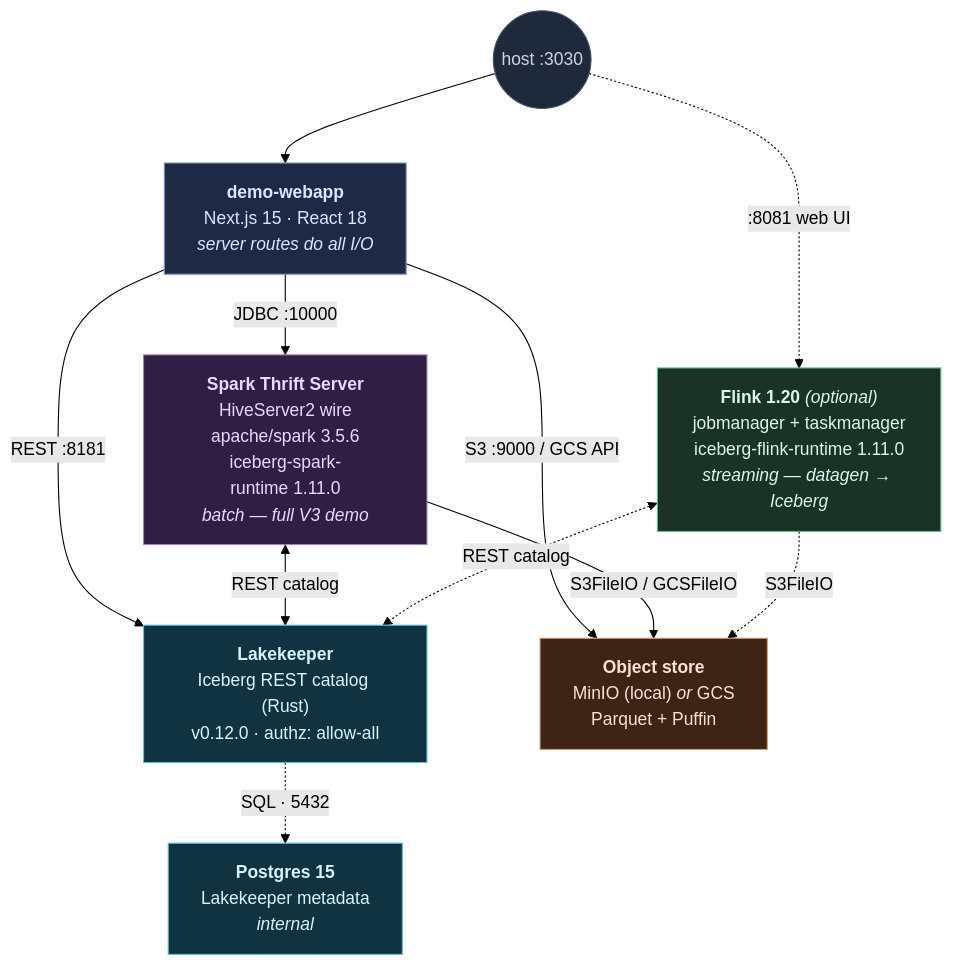
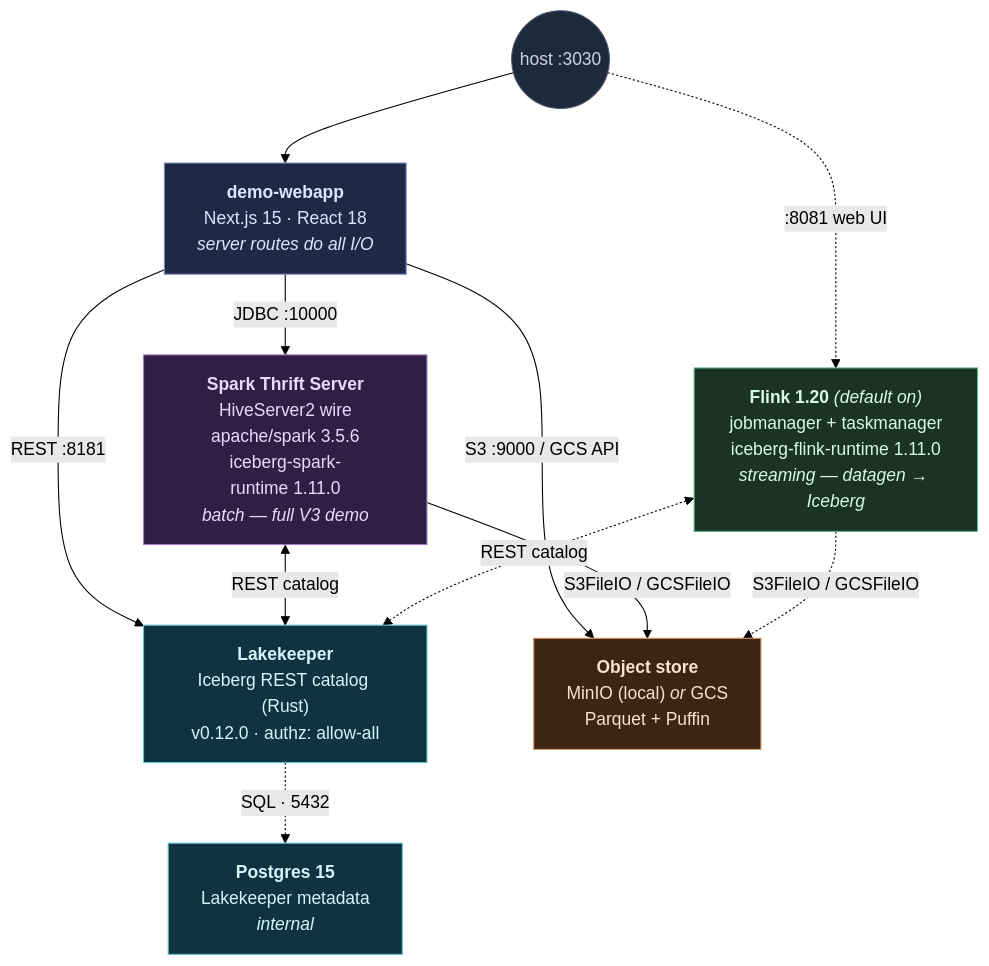
Before and after one commit to Vadoid/open-lakehouse-demo: the diagram in README.md, drawn with Mermaid (forest theme). The commit also changed other lines of this file and 15 other files, not shown here.

First line of the commit message:
feat(flink): GCS support, V3 stream, button-triggered streaming, temporal join

````diff
--- a/README.md
+++ b/README.md
@@ -18,34 +18,34 @@
 ```mermaid
 flowchart TB
     user(("host&nbsp;:3030"))
     web["<b>demo-webapp</b><br/>Next.js&nbsp;15 · React&nbsp;18<br/><i>server routes do all I/O</i>"]
     spark["<b>Spark&nbsp;Thrift&nbsp;Server</b><br/>HiveServer2&nbsp;wire<br/>apache/spark&nbsp;3.5.6<br/>iceberg-spark-runtime&nbsp;1.11.0<br/><i>batch — full V3 demo</i>"]
-    flink["<b>Flink&nbsp;1.20</b> <i>(optional)</i><br/>jobmanager + taskmanager<br/>iceberg-flink-runtime&nbsp;1.11.0<br/><i>streaming — datagen → Iceberg</i>"]
+    flink["<b>Flink&nbsp;1.20</b> <i>(default on)</i><br/>jobmanager + taskmanager<br/>iceberg-flink-runtime&nbsp;1.11.0<br/><i>streaming — datagen → Iceberg</i>"]
     lk["<b>Lakekeeper</b><br/>Iceberg&nbsp;REST&nbsp;catalog (Rust)<br/>v0.12.0 · authz: allow-all"]
     minio["<b>Object store</b><br/>MinIO (local) <i>or</i> GCS<br/>Parquet + Puffin"]
     pg["<b>Postgres&nbsp;15</b><br/>Lakekeeper metadata<br/><i>internal</i>"]
 
     user --> web
     user -. ":8081 web UI" .-> flink
     web -- "JDBC :10000" --> spark
     web -- "REST :8181" --> lk
     web -- "S3 :9000 / GCS API" --> minio
     spark <-- "REST catalog" --> lk
     flink <-. "REST catalog" .-> lk
     lk -. "SQL · 5432" .-> pg
     spark -- "S3FileIO / GCSFileIO" --> minio
-    flink -. "S3FileIO" .-> minio
+    flink -. "S3FileIO / GCSFileIO" .-> minio
 
     classDef web fill:#1e2a44,stroke:#7c8cc6,color:#dbe5ff
     classDef compute fill:#311e44,stroke:#a17ec6,color:#e9d8ff
     classDef catalog fill:#0f3340,stroke:#5fc4d3,color:#d6f4fa
     classDef storage fill:#3d2415,stroke:#d99868,color:#fbe2cf
     classDef hostnode fill:#1e293b,stroke:#475569,color:#cbd5e1
     classDef optional fill:#1a3326,stroke:#5fb98a,color:#d6fae5
     class user hostnode
     class web web
     class spark compute
     class flink optional
     class lk,pg catalog
     class minio storage
 ```
````
